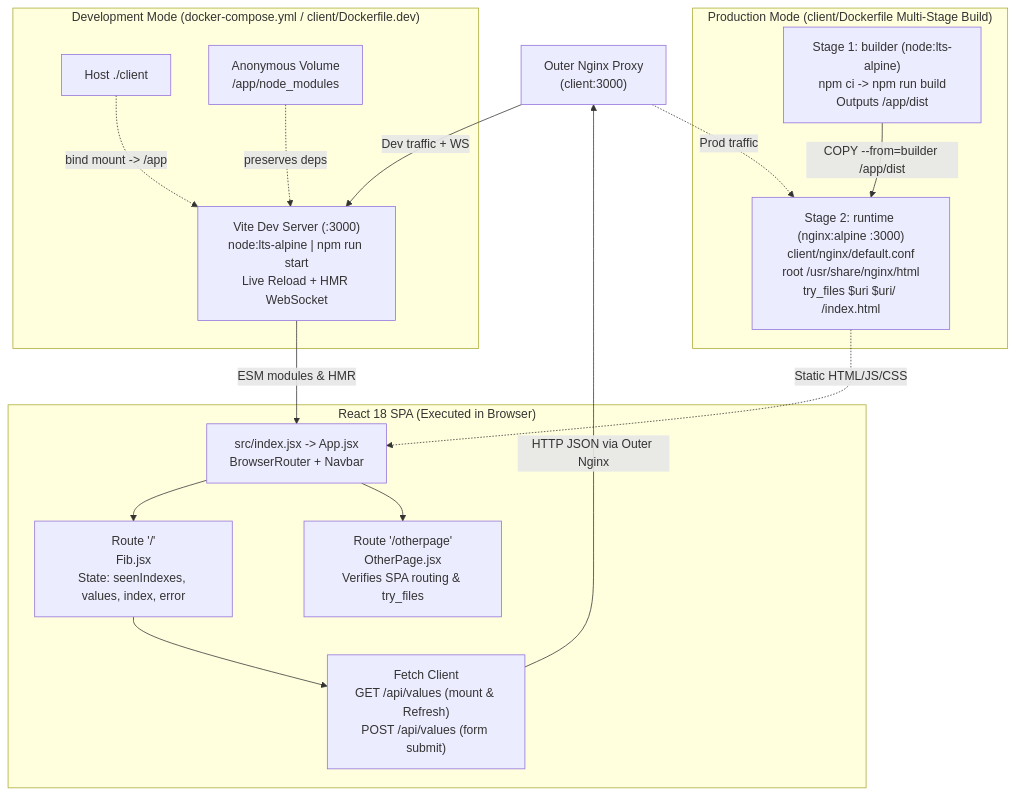
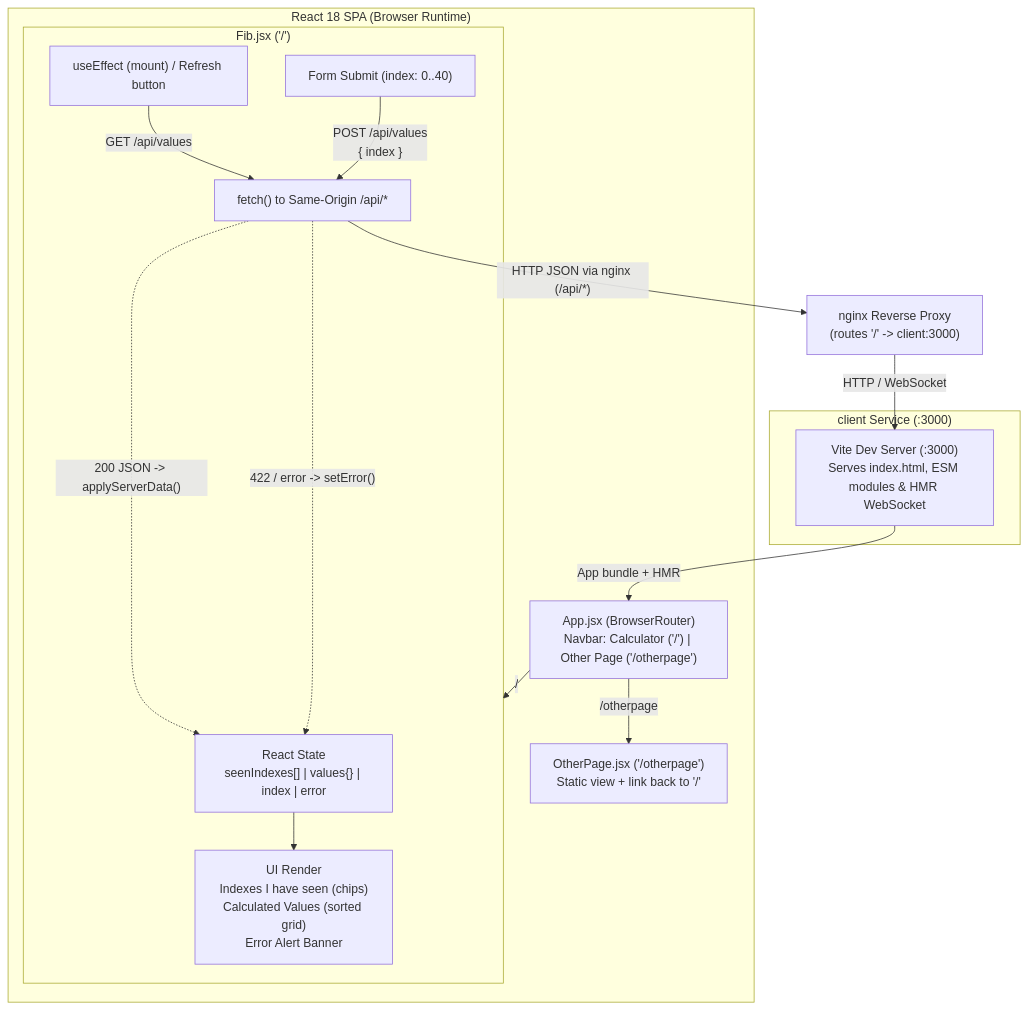
The fourth of 5 diagrams in client-server-nginx-local/README.md (pankajspace/docker-k8s), drawn with Mermaid before and after one commit. The commit also changed other lines of this file, not shown here.

Commit message:
Refine README architecture diagrams and service descriptions for clarity and improved understanding of the client-server-Nginx setup

````diff
--- a/client-server-nginx-local/README.md
+++ b/client-server-nginx-local/README.md
@@ -140,33 +134,33 @@
 ```mermaid
 flowchart TB
-    OuterNginx["Outer Nginx Proxy\n(client:3000)"]
+    OuterNginx["nginx Reverse Proxy\n(routes '/' -> client:3000)"]
 
-    subgraph DevFlow["Development Mode (docker-compose.yml / client/Dockerfile.dev)"]
-        HostSrc["Host ./client"] -.->|"bind mount -> /app"| ViteDev
-        AnonVol["Anonymous Volume\n/app/node_modules"] -.->|"preserves deps"| ViteDev
-        ViteDev["Vite Dev Server (:3000)\nnode:lts-alpine | npm run start\nLive Reload + HMR WebSocket"]
+    subgraph ClientServer["client Service (:3000)"]
+        ViteDev["Vite Dev Server (:3000)\nServes index.html, ESM modules & HMR WebSocket"]
     end
 
-    subgraph ProdFlow["Production Mode (client/Dockerfile Multi-Stage Build)"]
-        Stage1["Stage 1: builder (node:lts-alpine)\nnpm ci -> npm run build\nOutputs /app/dist"]
-        Stage2["Stage 2: runtime (nginx:alpine :3000)\nclient/nginx/default.conf\nroot /usr/share/nginx/html\ntry_files $uri $uri/ /index.html"]
-        Stage1 -->|"COPY --from=builder /app/dist"| Stage2
+    subgraph BrowserSPA["React 18 SPA (Browser Runtime)"]
+        Router["App.jsx (BrowserRouter)\nNavbar: Calculator ('/') | Other Page ('/otherpage')"]
+        OtherPage["OtherPage.jsx ('/otherpage')\nStatic view + link back to '/'"]
+
+        subgraph FibView["Fib.jsx ('/')"]
+            UIState["React State\nseenIndexes[] | values{} | index | error"]
+            MountOrRefresh["useEffect (mount) / Refresh button"]
+            FormSubmit["Form Submit (index: 0..40)"]
+            RenderUI["UI Render\nIndexes I have seen (chips)\nCalculated Values (sorted grid)\nError Alert Banner"]
+
+            MountOrRefresh -->|"GET /api/values"| ApiFetch["fetch() to Same-Origin /api/*"]
+            FormSubmit -->|"POST /api/values\n{ index }"| ApiFetch
+            ApiFetch -.->|"200 JSON -> applyServerData()"| UIState
+            ApiFetch -.->|"422 / error -> setError()"| UIState
+            UIState --> RenderUI
+        end
+
+        Router -->|"/"| FibView
+        Router -->|"/otherpage"| OtherPage
     end
 
-    subgraph BrowserSPA["React 18 SPA (Executed in Browser)"]
-        IndexEntry["src/index.jsx -> App.jsx\nBrowserRouter + Navbar"]
-        RouteFib["Route '/'\nFib.jsx\nState: seenIndexes, values, index, error"]
-        RouteOther["Route '/otherpage'\nOtherPage.jsx\nVerifies SPA routing & try_files"]
-        ApiCalls["Fetch Client\nGET /api/values (mount & Refresh)\nPOST /api/values (form submit)"]
-
-        IndexEntry --> RouteFib
-        IndexEntry --> RouteOther
-        RouteFib --> ApiCalls
-    end
-
-    OuterNginx -->|"Dev traffic + WS"| ViteDev
-    OuterNginx -.->|"Prod traffic"| Stage2
-    ViteDev -->|"ESM modules & HMR"| IndexEntry
-    Stage2 -.->|"Static HTML/JS/CSS"| IndexEntry
-    ApiCalls -->|"HTTP JSON via Outer Nginx"| OuterNginx
+    OuterNginx -->|"HTTP / WebSocket"| ViteDev
+    ViteDev -->|"App bundle + HMR"| Router
+    ApiFetch -->|"HTTP JSON via nginx (/api/*)"| OuterNginx
 ```
````
